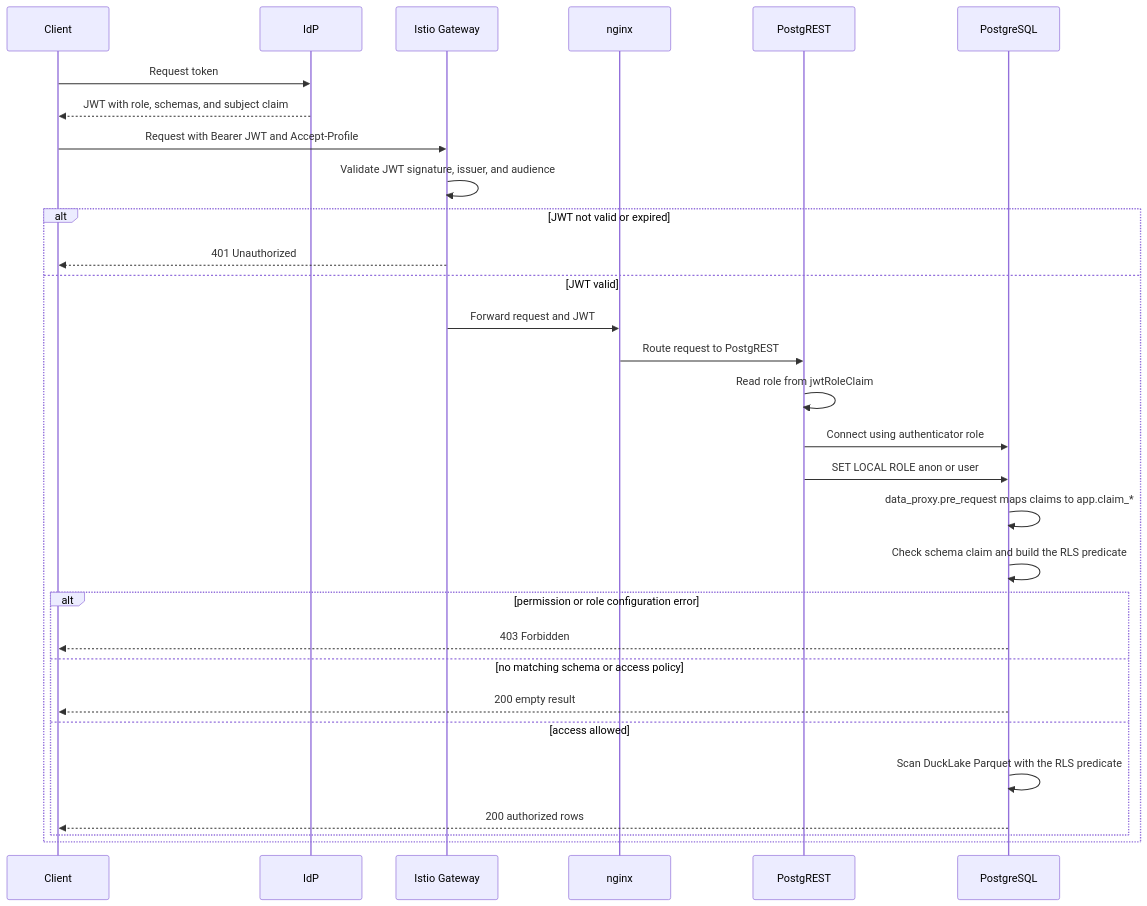
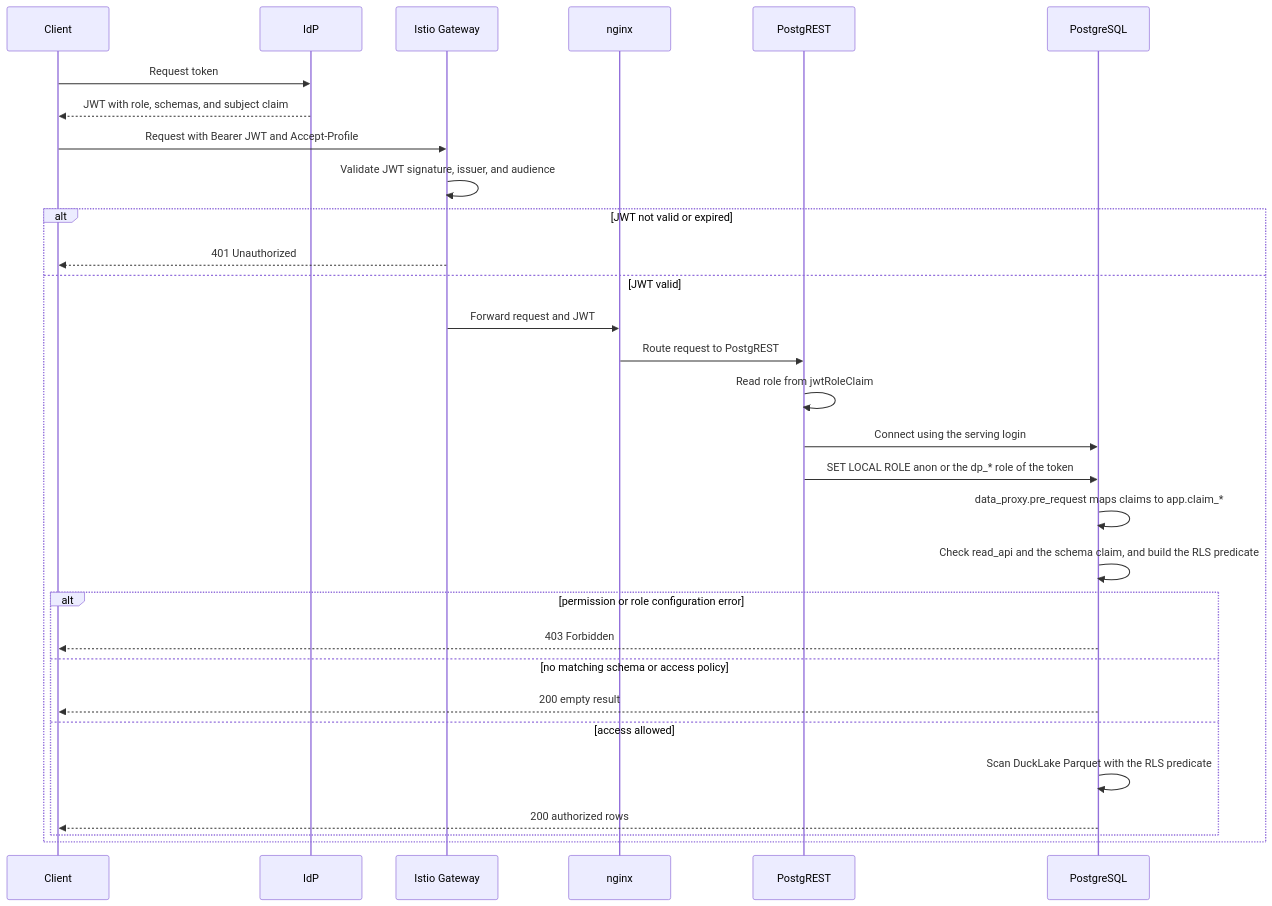
One commit to prefeitura-rio/data-proxy changed the first of 2 diagrams in docs/security.md. Above: the diagram before and after it, drawn with Mermaid. The commit also changed other lines of this file and 11 other files, not shown here.

````diff
--- a/docs/security.md
+++ b/docs/security.md
@@ -52,33 +68,33 @@
 ```mermaid
 sequenceDiagram
     participant C as Client
     participant I as IdP
     participant G as Istio Gateway
     participant N as nginx
     participant P as PostgREST
     participant DB as PostgreSQL
 
     C->>I: Request token
     I-->>C: JWT with role, schemas, and subject claim
     C->>G: Request with Bearer JWT and Accept-Profile
     G->>G: Validate JWT signature, issuer, and audience
     alt JWT not valid or expired
         G-->>C: 401 Unauthorized
     else JWT valid
         G->>N: Forward request and JWT
         N->>P: Route request to PostgREST
         P->>P: Read role from jwtRoleClaim
-        P->>DB: Connect using authenticator role
-        P->>DB: SET LOCAL ROLE anon or user
+        P->>DB: Connect using the serving login
+        P->>DB: SET LOCAL ROLE anon or the dp_* role of the token
         DB->>DB: data_proxy.pre_request maps claims to app.claim_*
-        DB->>DB: Check schema claim and build the RLS predicate
+        DB->>DB: Check read_api and the schema claim, and build the RLS predicate
         alt permission or role configuration error
             DB-->>C: 403 Forbidden
         else no matching schema or access policy
             DB-->>C: 200 empty result
         else access allowed
             DB->>DB: Scan DuckLake Parquet with the RLS predicate
             DB-->>C: 200 authorized rows
         end
     end
 ```
````
